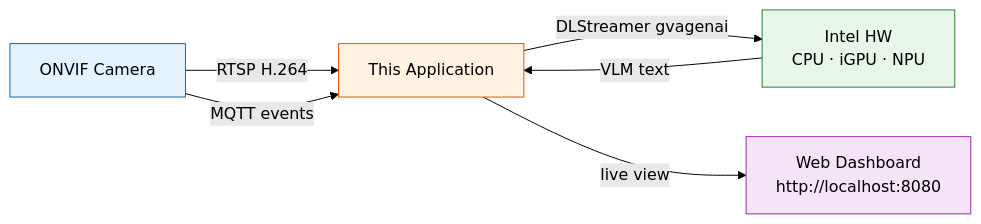
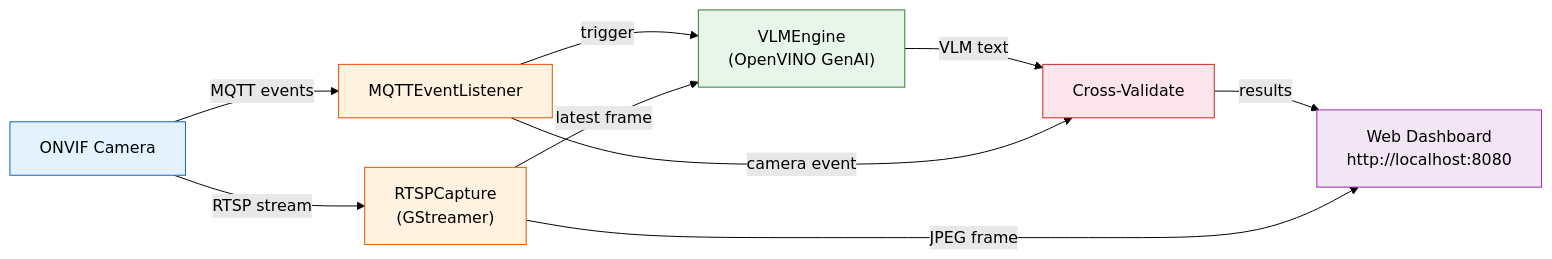
Before and after one commit to open-edge-platform/dlstreamer: the diagram in samples/gstreamer/python/onvif_camera_analytics_validation/README.md, drawn with Mermaid (forest theme). The commit also changed other lines of this file and 4 other files, not shown here.

Commit message:
Updated ONVIF Analytics application

````diff
--- a/samples/gstreamer/python/onvif_camera_analytics_validation/README.md
+++ b/samples/gstreamer/python/onvif_camera_analytics_validation/README.md
@@ -8,13 +10,18 @@
 ```mermaid
 graph LR
-    A["ONVIF Camera"] -->|"RTSP H.264"| B["This Application"]
-    A -->|"MQTT events"| B
-    B -->|"DLStreamer gvagenai"| C["Intel HW\nCPU · iGPU · NPU"]
-    C -->|"VLM text"| B
-    B -->|"live view"| D["Web Dashboard\nhttp://localhost:8080"]
+    A["ONVIF Camera"] -->|"RTSP stream"| B["RTSPCapture\n(GStreamer)"]
+    A -->|"MQTT events"| C["MQTTEventListener"]
+    C -->|"trigger"| D["VLMEngine\n(OpenVINO GenAI)"]
+    B -->|"latest frame"| D
+    D -->|"VLM text"| E["Cross-Validate"]
+    C -->|"camera event"| E
+    E -->|"results"| F["Web Dashboard\nhttp://localhost:8080"]
+    B -->|"JPEG frame"| F
 
     style A fill:#e3f2fd,stroke:#1565C0
     style B fill:#fff3e0,stroke:#E65100
-    style C fill:#e8f5e9,stroke:#2E7D32
-    style D fill:#f3e5f5,stroke:#9C27B0
+    style C fill:#fff3e0,stroke:#E65100
+    style D fill:#e8f5e9,stroke:#2E7D32
+    style E fill:#fce4ec,stroke:#C62828
+    style F fill:#f3e5f5,stroke:#9C27B0
 ```
````
